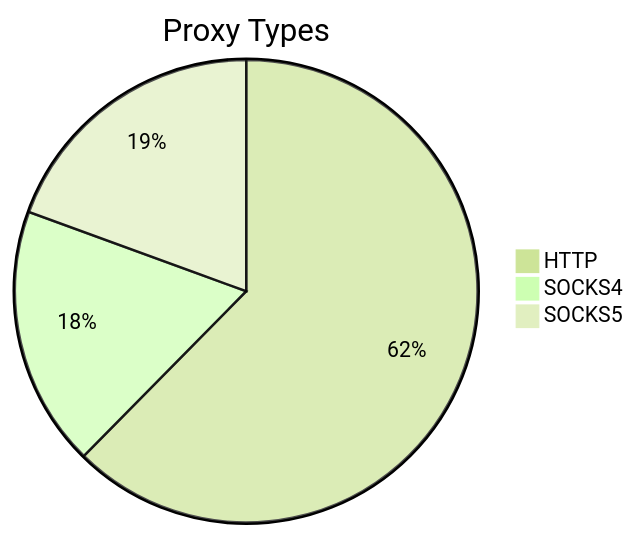
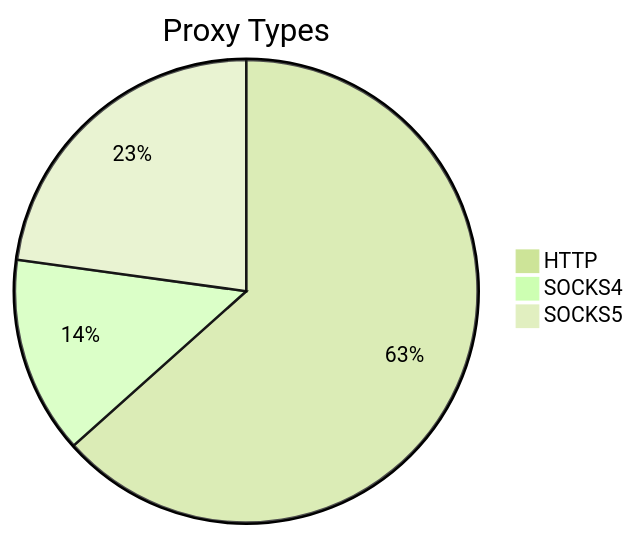
The first of 2 diagrams in README.md (stormsia/proxy-list), drawn with Mermaid (forest theme) before and after one commit. The commit also changed other lines of this file, not shown here.

````diff
--- a/README.md
+++ b/README.md
@@ -21,6 +21,6 @@
 ```mermaid
 pie title Proxy Types
-    "HTTP" : 748
-    "SOCKS4" : 218
-    "SOCKS5" : 233
+    "HTTP" : 561
+    "SOCKS4" : 122
+    "SOCKS5" : 202
 ```
````
